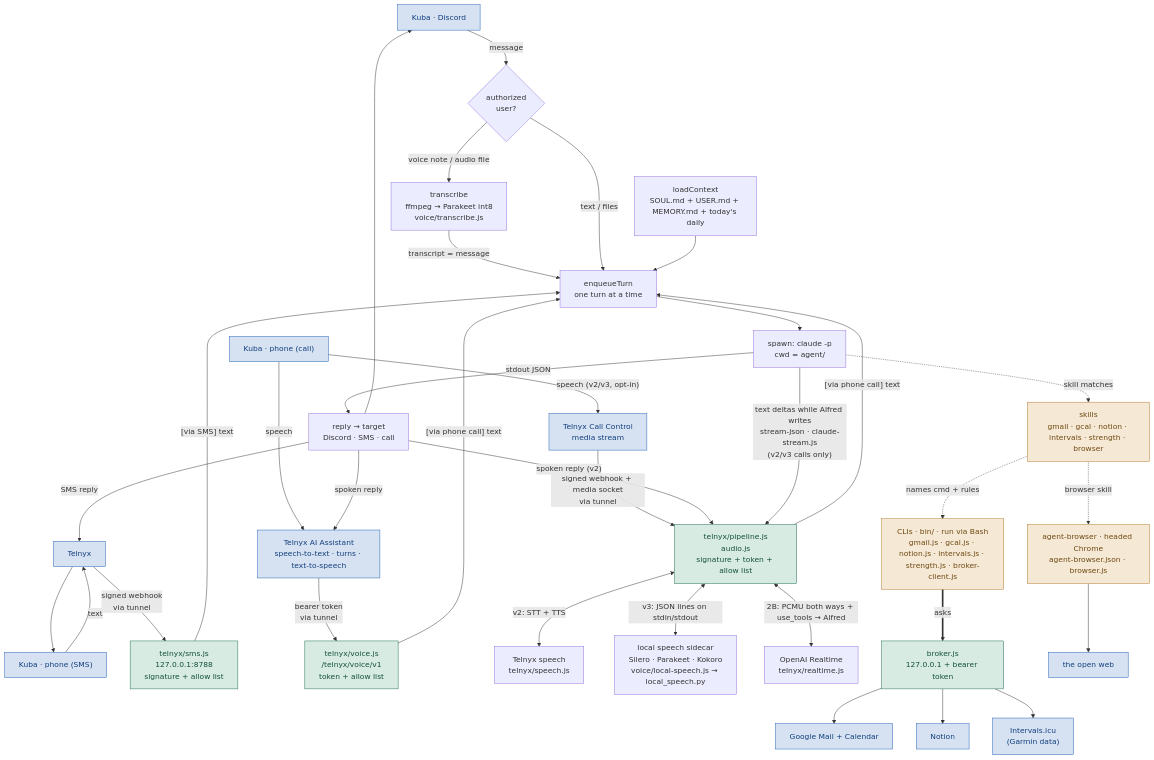
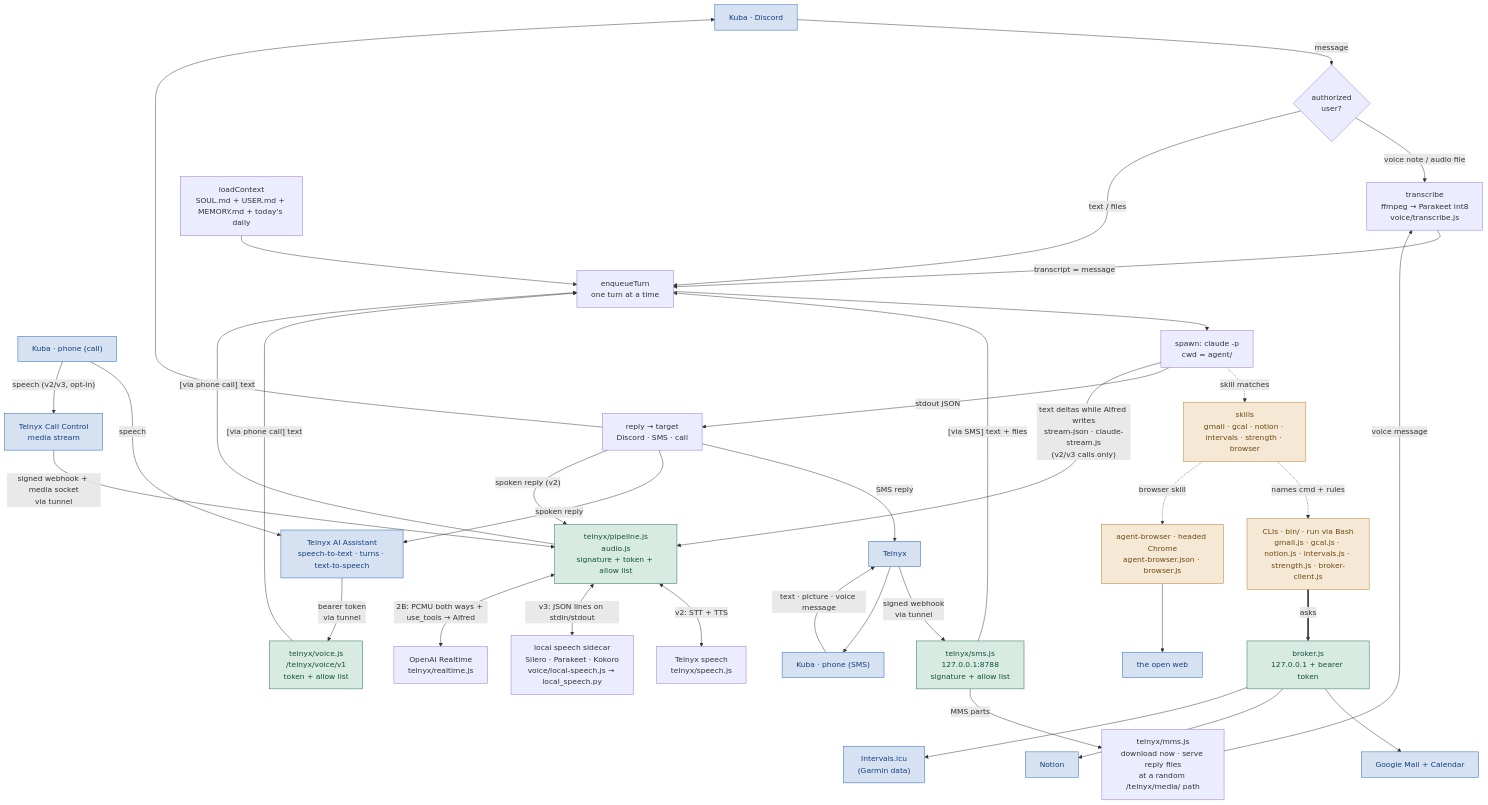
The first of 7 diagrams in SYSTEM-MAP.md (KubaJerz/alfred-node), drawn with Mermaid before and after one commit. The commit also changed other lines of this file and 8 other files, not shown here.

First line of the commit message:
feat: pictures, files, and voice messages by text (MMS)

````diff
--- a/SYSTEM-MAP.md
+++ b/SYSTEM-MAP.md
@@ -57,42 +57,44 @@
 ```mermaid
 flowchart TD
     U["Kuba · Discord"] -->|message| GATE{"authorized<br/>user?"}
     GATE -->|"voice note / audio file"| TR["transcribe<br/>ffmpeg → Parakeet int8<br/>voice/transcribe.js"]
     TR -->|"transcript = message"| Q
     GATE -->|"text / files"| Q["enqueueTurn<br/>one turn at a time"]
-    PH["Kuba · phone (SMS)"] -->|text| TX["Telnyx"]
+    PH["Kuba · phone (SMS)"] -->|"text · picture · voice message"| TX["Telnyx"]
     TX -->|"signed webhook<br/>via tunnel"| WH["telnyx/sms.js<br/>127.0.0.1:8788<br/>signature + allow list"]
-    WH -->|"[via SMS] text"| Q
+    WH -->|"MMS parts"| MM["telnyx/mms.js<br/>download now · serve reply files<br/>at a random /telnyx/media/ path"]
+    MM -->|"voice message"| TR
+    WH -->|"[via SMS] text + files"| Q
     CALL["Kuba · phone (call)"] -->|speech| VA["Telnyx AI Assistant<br/>speech-to-text · turns · text-to-speech"]
     VA -->|"bearer token<br/>via tunnel"| VR["telnyx/voice.js<br/>/telnyx/voice/v1<br/>token + allow list"]
     VR -->|"[via phone call] text"| Q
     CALL -->|"speech (v2/v3, opt-in)"| CC["Telnyx Call Control<br/>media stream"]
     CC -->|"signed webhook + media socket<br/>via tunnel"| VP["telnyx/pipeline.js<br/>audio.js<br/>signature + token + allow list"]
     VP -->|"[via phone call] text"| Q
     VP <-->|"v2: STT + TTS"| TS["Telnyx speech<br/>telnyx/speech.js"]
     VP <-->|"v3: JSON lines on stdin/stdout"| LS["local speech sidecar<br/>Silero · Parakeet · Kokoro<br/>voice/local-speech.js → local_speech.py"]
     VP <-->|"2B: PCMU both ways + use_tools → Alfred"| OA["OpenAI Realtime<br/>telnyx/realtime.js"]
     CTX["loadContext<br/>SOUL.md + USER.md + MEMORY.md + today's daily"] --> Q
     Q --> SPAWN["spawn: claude -p<br/>cwd = agent/"]
     SPAWN -.->|"skill matches"| SK["skills<br/>gmail · gcal · notion · intervals · strength · browser"]
     SK -.->|"names cmd + rules"| CLIS["CLIs · bin/ · run via Bash<br/>gmail.js · gcal.js · notion.js · intervals.js · strength.js · broker-client.js"]
     CLIS ==>|"asks"| BR["broker.js<br/>127.0.0.1 + bearer token"]
     BR --> G["Google Mail + Calendar"]
     BR --> N["Notion"]
     BR --> I["Intervals.icu<br/>(Garmin data)"]
     SK -.->|"browser skill"| AB["agent-browser · headed Chrome<br/>agent-browser.json · browser.js"]
     AB --> WEB["the open web"]
     SPAWN -->|"stdout JSON"| R["reply → target<br/>Discord · SMS · call"]
     R --> U
     R -->|"SMS reply"| TX
     R -->|"spoken reply"| VA
     R -->|"spoken reply (v2)"| VP
     SPAWN -->|"text deltas while Alfred writes<br/>stream-json · claude-stream.js<br/>(v2/v3 calls only)"| VP
     TX --> PH
     classDef external fill:#d6e2f2,stroke:#1f5fb8,color:#123f7d
     classDef gateway fill:#d8ebe2,stroke:#1b6b52,color:#12503c
     classDef stack fill:#f5e8d5,stroke:#b07a2a,color:#6e4a12
     class U,G,N,I,WEB,PH,TX,CALL,VA,CC external
     class BR,WH,VR,VP gateway
     class SK,CLIS,AB stack
 ```
````
